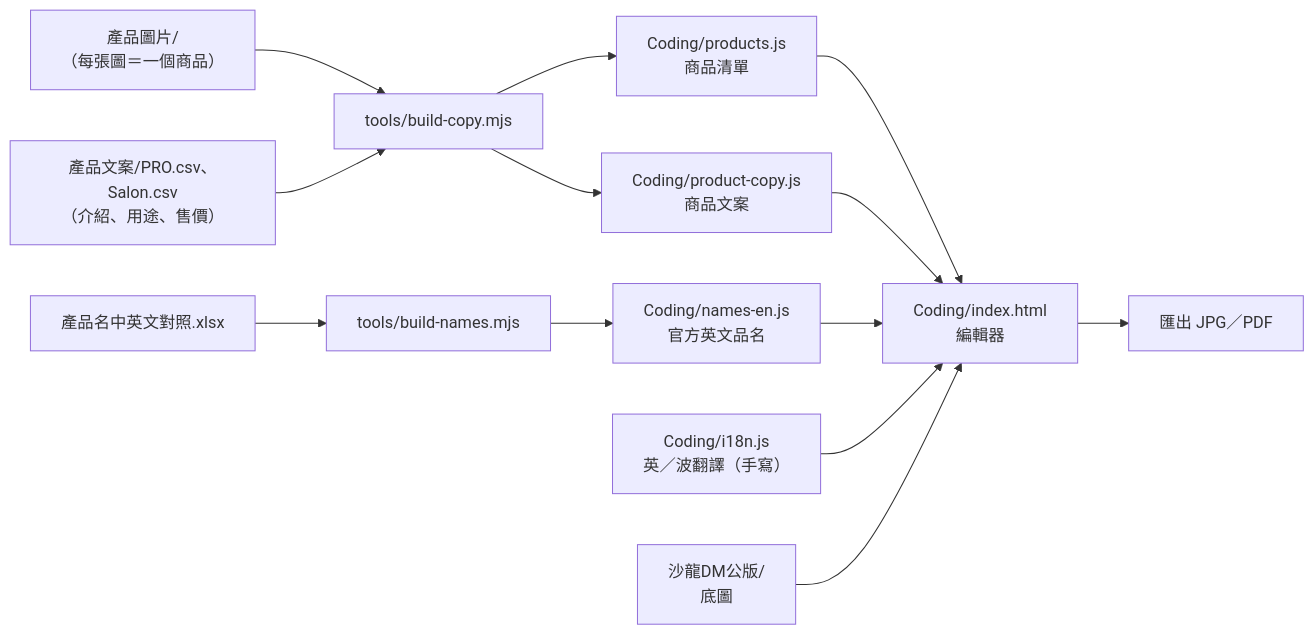
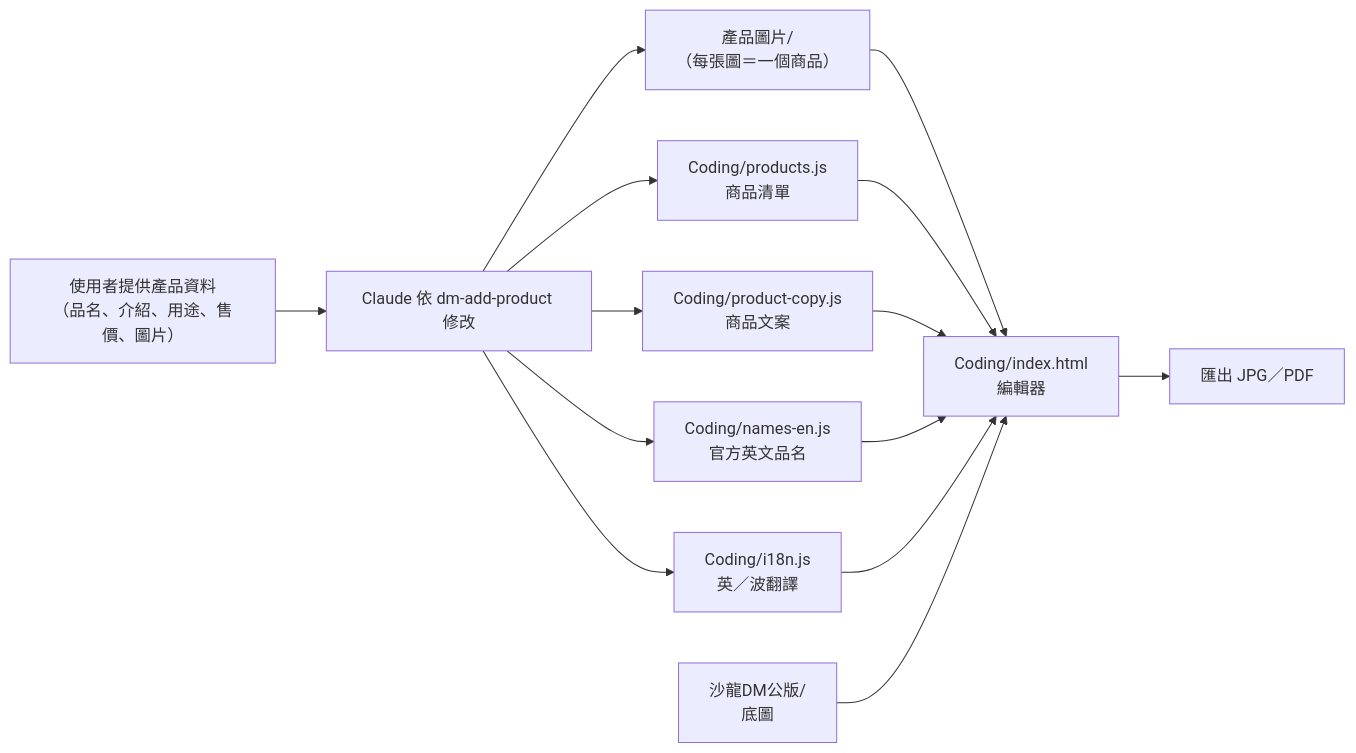
The first of 3 diagrams in docs/專案地圖.md (brandmarketing-coder/DM), drawn with Mermaid before and after one commit. The commit also changed other lines of this file and 1 other file, not shown here.

First line of the commit message:
docs: 專案地圖改成新的上新品流程

````diff
--- a/docs/專案地圖.md
+++ b/docs/專案地圖.md
@@ -37,16 +33,16 @@
 ```mermaid
 flowchart LR
-  IMG["產品圖片/<br>（每張圖＝一個商品）"] --> BC["tools/build-copy.mjs"]
-  CSV["產品文案/PRO.csv、Salon.csv<br>（介紹、用途、售價）"] --> BC
-  BC --> P["Coding/products.js<br>商品清單"]
-  BC --> C["Coding/product-copy.js<br>商品文案"]
-  XLSX["產品名中英文對照.xlsx"] --> BN["tools/build-names.mjs"]
-  BN --> N["Coding/names-en.js<br>官方英文品名"]
-  I18N["Coding/i18n.js<br>英／波翻譯（手寫）"]
+  USER["使用者提供產品資料<br>（品名、介紹、用途、售價、圖片）"] --> SK["Claude 依 dm-add-product 修改"]
+  SK --> IMG["產品圖片/<br>（每張圖＝一個商品）"]
+  SK --> P["Coding/products.js<br>商品清單"]
+  SK --> C["Coding/product-copy.js<br>商品文案"]
+  SK --> I18N["Coding/i18n.js<br>英／波翻譯"]
+  SK --> N["Coding/names-en.js<br>官方英文品名"]
+  IMG --> APP
   P --> APP["Coding/index.html<br>編輯器"]
   C --> APP
   N --> APP
   I18N --> APP
   BG["沙龍DM公版/<br>底圖"] --> APP
   APP --> OUT["匯出 JPG／PDF"]
 ```
````
